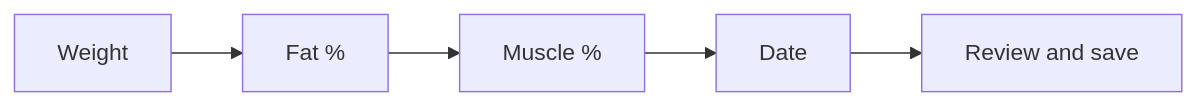
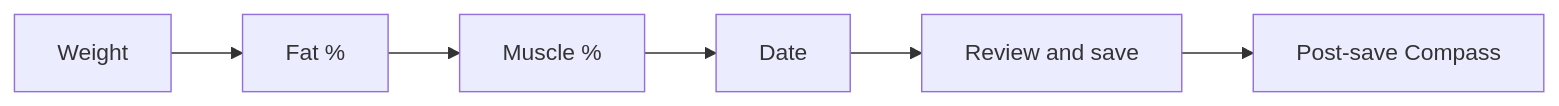
Before and after one commit to didac-crst/body-history: the second of 2 diagrams in docs/operations.md, drawn with Mermaid. The commit also changed other lines of this file and 25 other files, not shown here.

````diff
--- a/docs/operations.md
+++ b/docs/operations.md
@@ -95,7 +95,8 @@
 ```mermaid
 flowchart LR
   w["Weight"] --> f["Fat %"]
   f --> m["Muscle %"]
   m --> d["Date"]
   d --> s["Review and save"]
+  s --> c["Post-save Compass"]
 ```
````
